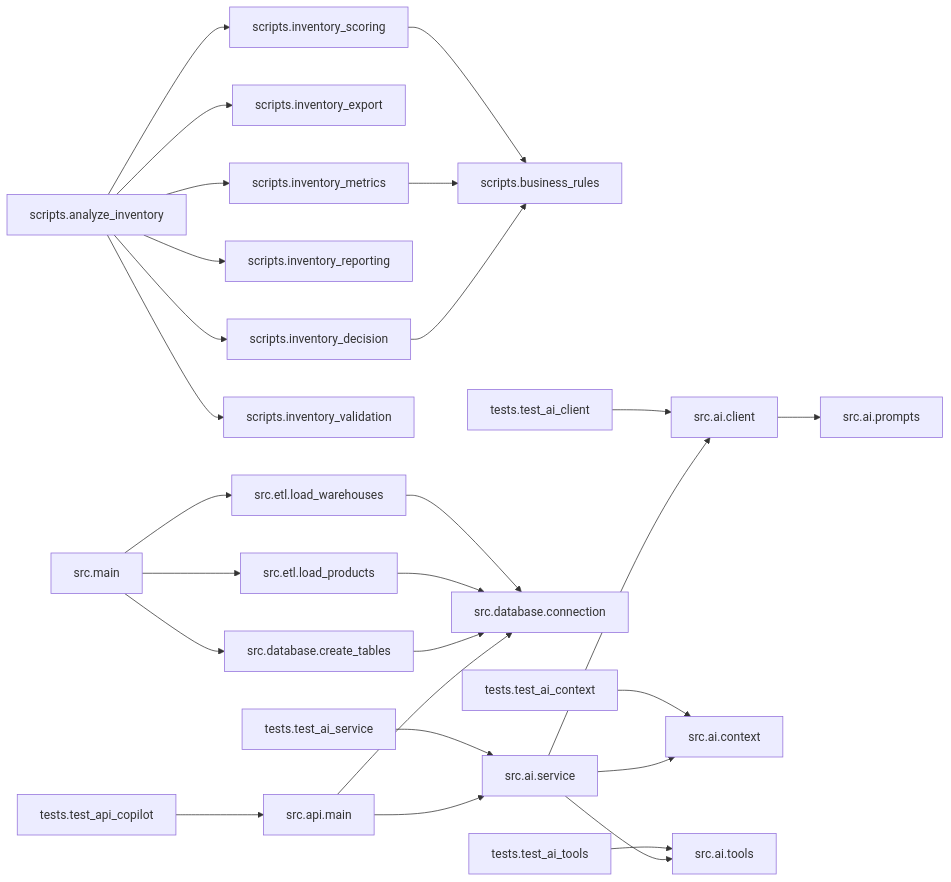
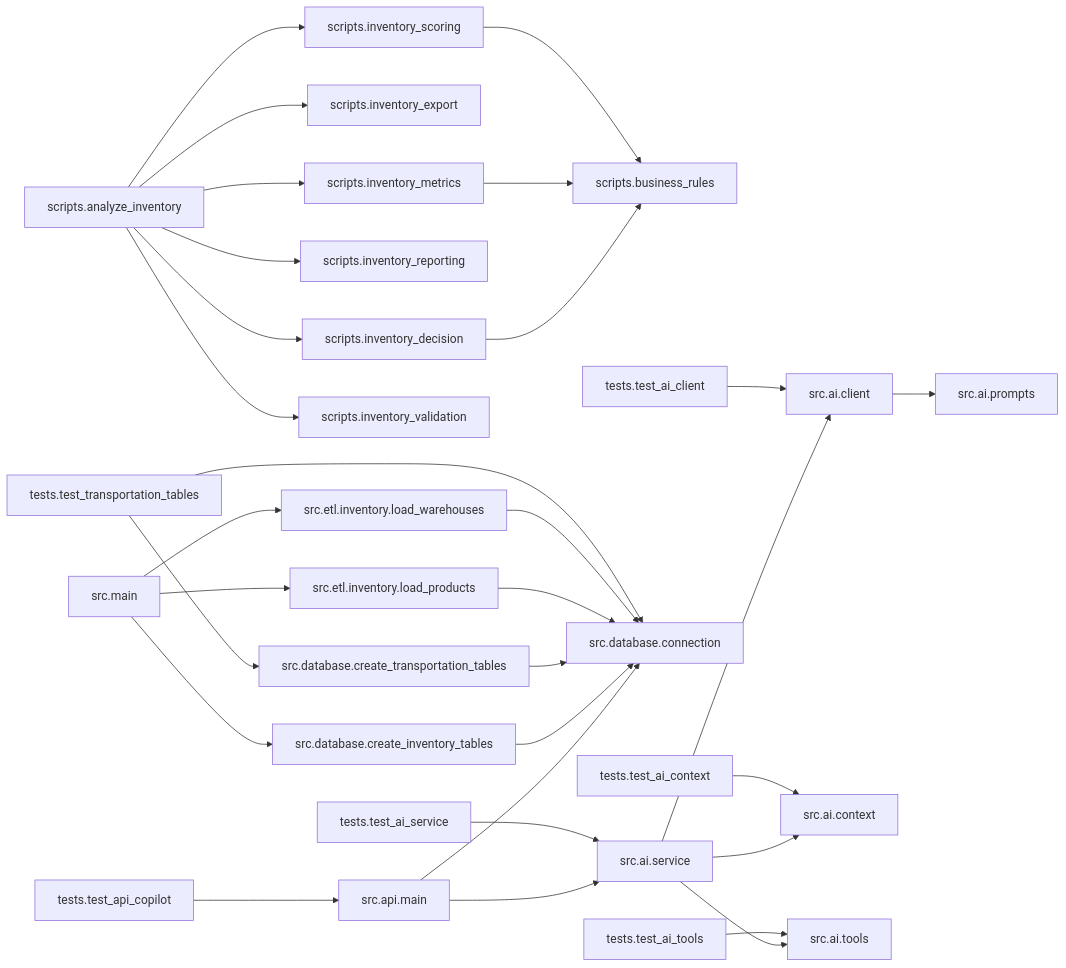
One commit to RodsSoares/ai-supply-chain-copilot changed the diagram in docs/project_audit/PROJECT_AUDIT.md. Above: the diagram before and after it, drawn with Mermaid. The commit also changed other lines of this file and 19 other files, not shown here.

````diff
--- a/docs/project_audit/PROJECT_AUDIT.md
+++ b/docs/project_audit/PROJECT_AUDIT.md
@@ -512,29 +552,32 @@
 ```mermaid
 flowchart LR
     scripts_analyze_inventory["scripts.analyze_inventory"] --> scripts_inventory_decision["scripts.inventory_decision"]
     scripts_analyze_inventory["scripts.analyze_inventory"] --> scripts_inventory_export["scripts.inventory_export"]
     scripts_analyze_inventory["scripts.analyze_inventory"] --> scripts_inventory_metrics["scripts.inventory_metrics"]
     scripts_analyze_inventory["scripts.analyze_inventory"] --> scripts_inventory_reporting["scripts.inventory_reporting"]
     scripts_analyze_inventory["scripts.analyze_inventory"] --> scripts_inventory_scoring["scripts.inventory_scoring"]
     scripts_analyze_inventory["scripts.analyze_inventory"] --> scripts_inventory_validation["scripts.inventory_validation"]
     scripts_inventory_decision["scripts.inventory_decision"] --> scripts_business_rules["scripts.business_rules"]
     scripts_inventory_metrics["scripts.inventory_metrics"] --> scripts_business_rules["scripts.business_rules"]
     scripts_inventory_scoring["scripts.inventory_scoring"] --> scripts_business_rules["scripts.business_rules"]
     src_ai_client["src.ai.client"] --> src_ai_prompts["src.ai.prompts"]
     src_ai_service["src.ai.service"] --> src_ai_client["src.ai.client"]
     src_ai_service["src.ai.service"] --> src_ai_context["src.ai.context"]
     src_ai_service["src.ai.service"] --> src_ai_tools["src.ai.tools"]
     src_api_main["src.api.main"] --> src_ai_service["src.ai.service"]
     src_api_main["src.api.main"] --> src_database_connection["src.database.connection"]
-    src_database_create_tables["src.database.create_tables"] --> src_database_connection["src.database.connection"]
-    src_etl_load_products["src.etl.load_products"] --> src_database_connection["src.database.connection"]
-    src_etl_load_warehouses["src.etl.load_warehouses"] --> src_database_connection["src.database.connection"]
-    src_main["src.main"] --> src_database_create_tables["src.database.create_tables"]
-    src_main["src.main"] --> src_etl_load_products["src.etl.load_products"]
-    src_main["src.main"] --> src_etl_load_warehouses["src.etl.load_warehouses"]
+    src_database_create_inventory_tables["src.database.create_inventory_tables"] --> src_database_connection["src.database.connection"]
+    src_database_create_transportation_tables["src.database.create_transportation_tables"] --> src_database_connection["src.database.connection"]
+    src_etl_inventory_load_products["src.etl.inventory.load_products"] --> src_database_connection["src.database.connection"]
+    src_etl_inventory_load_warehouses["src.etl.inventory.load_warehouses"] --> src_database_connection["src.database.connection"]
+    src_main["src.main"] --> src_database_create_inventory_tables["src.database.create_inventory_tables"]
+    src_main["src.main"] --> src_etl_inventory_load_products["src.etl.inventory.load_products"]
+    src_main["src.main"] --> src_etl_inventory_load_warehouses["src.etl.inventory.load_warehouses"]
     tests_test_ai_client["tests.test_ai_client"] --> src_ai_client["src.ai.client"]
     tests_test_ai_context["tests.test_ai_context"] --> src_ai_context["src.ai.context"]
     tests_test_ai_service["tests.test_ai_service"] --> src_ai_service["src.ai.service"]
     tests_test_ai_tools["tests.test_ai_tools"] --> src_ai_tools["src.ai.tools"]
     tests_test_api_copilot["tests.test_api_copilot"] --> src_api_main["src.api.main"]
+    tests_test_transportation_tables["tests.test_transportation_tables"] --> src_database_connection["src.database.connection"]
+    tests_test_transportation_tables["tests.test_transportation_tables"] --> src_database_create_transportation_tables["src.database.create_transportation_tables"]
 ```
````
